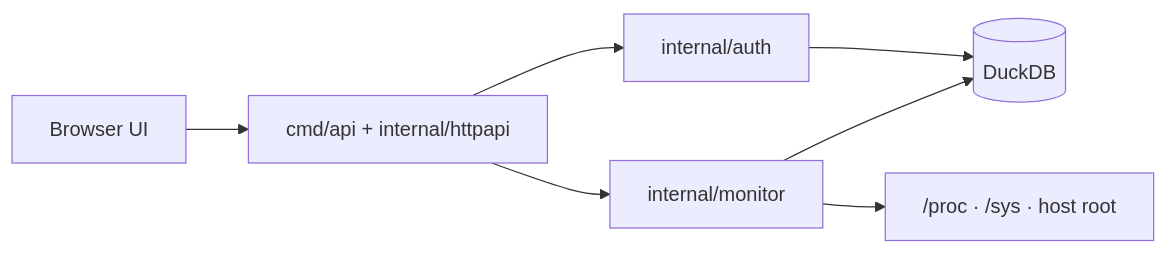
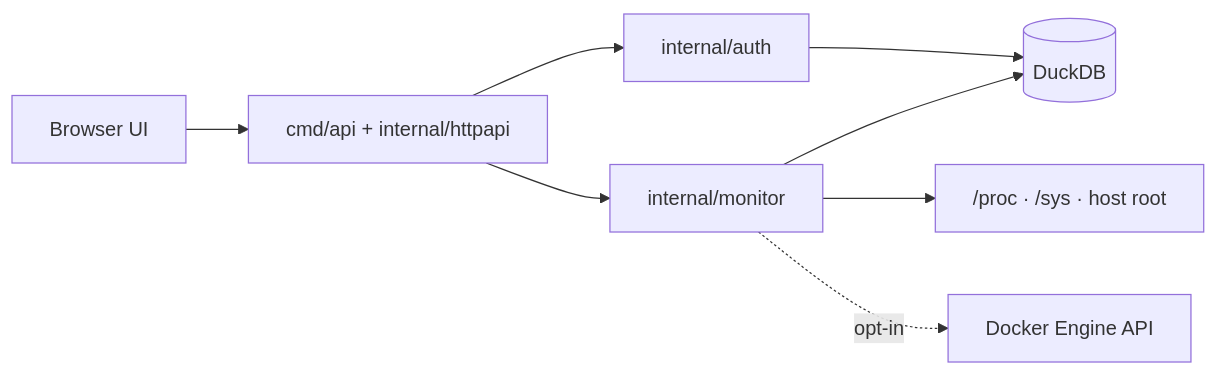
One commit to slymanmrcan/sentinel changed the diagram in README.md. Above: the diagram before and after it, drawn with Mermaid. The commit also changed other lines of this file and 22 other files, not shown here.

````diff
--- a/README.md
+++ b/README.md
@@ -34,9 +35,10 @@
 ```mermaid
 flowchart LR
     Browser["Browser UI"] --> API["cmd/api + internal/httpapi"]
     API --> Auth["internal/auth"]
     API --> Monitor["internal/monitor"]
     Auth --> DB[("DuckDB")]
     Monitor --> DB
     Monitor --> Host["/proc · /sys · host root"]
+    Monitor -. opt-in .-> Docker["Docker Engine API"]
 ```
````
